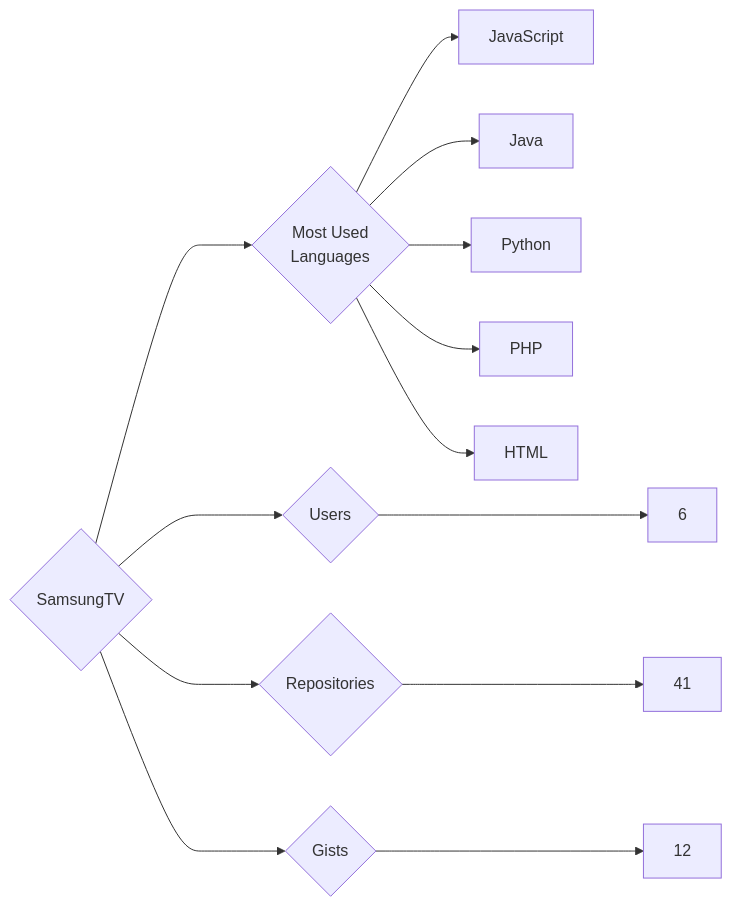
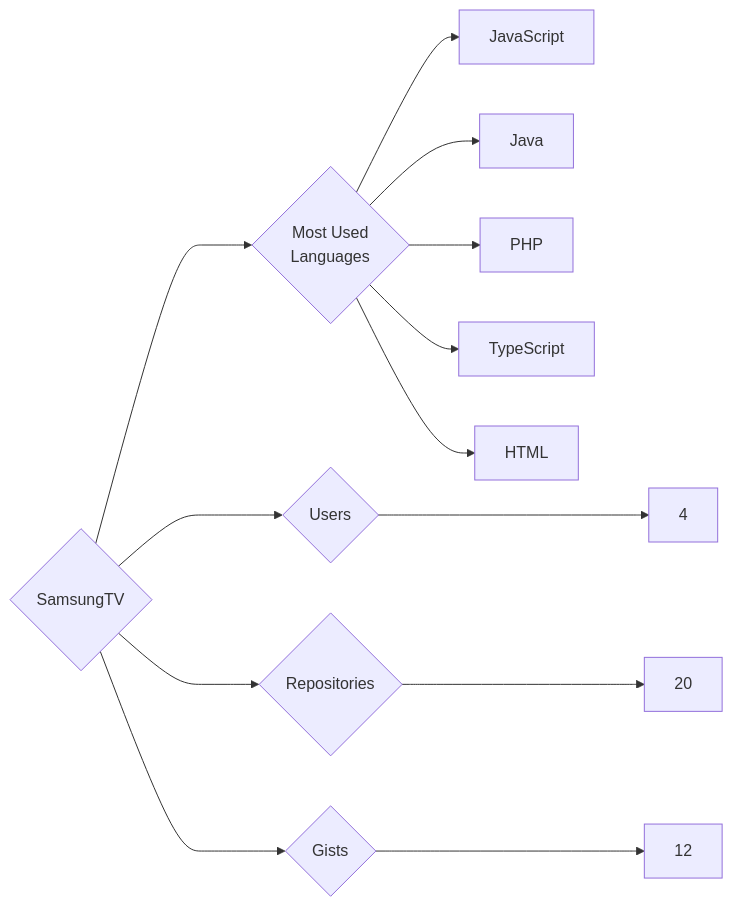
Before and after one commit to trickest/insiders: the diagram in targets/SamsungTV/README.md, drawn with Mermaid. The commit also changed 1496 other files, not shown here.

````diff
--- a/targets/SamsungTV/README.md
+++ b/targets/SamsungTV/README.md
@@ -3,13 +3,13 @@
 ```mermaid
 graph LR
 COMPANY_NAME{SamsungTV}
-COMPANY_NAME ---> U{Users} ---> UN[6]
-COMPANY_NAME ---> R{Repositories} ---> RN[41]
+COMPANY_NAME ---> U{Users} ---> UN[4]
+COMPANY_NAME ---> R{Repositories} ---> RN[20]
 COMPANY_NAME ---> G{Gists} ---> GN[12]
 COMPANY_NAME ---> ML{Most Used<br>Languages}
 ML --> JavaScript[JavaScript]
 ML --> Java[Java]
-ML --> Python[Python]
 ML --> PHP[PHP]
+ML --> TypeScript[TypeScript]
 ML --> HTML[HTML]
 ```
````
